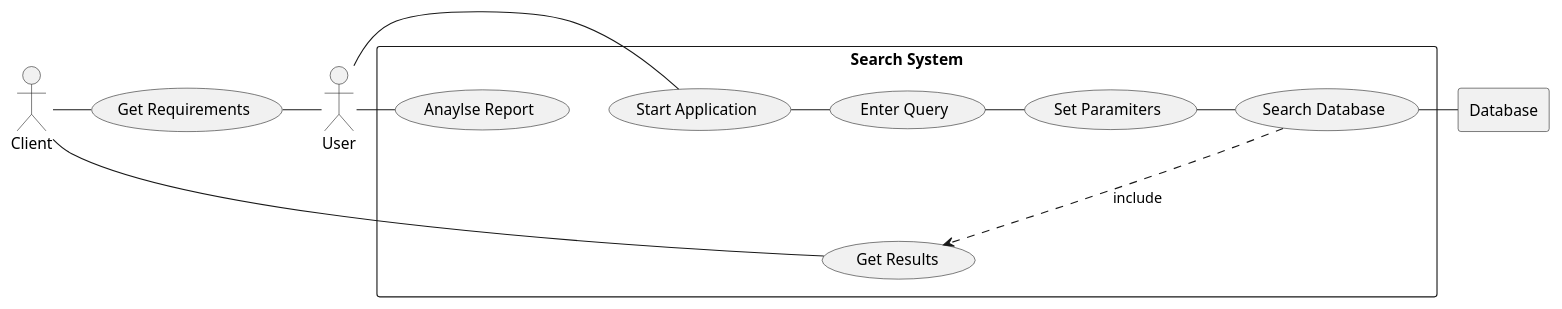
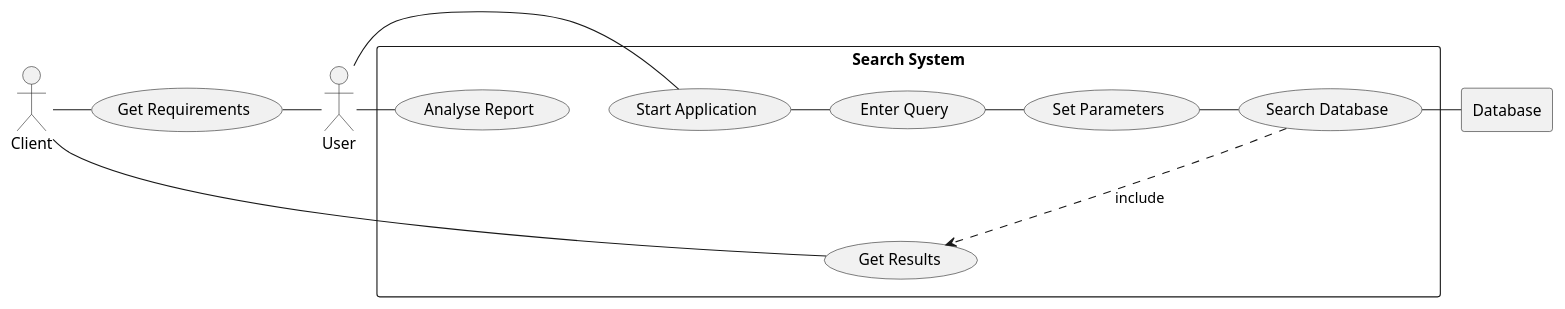
The diagram in src/popSystems.puml (cormacrw/set08103-cw1), drawn with PlantUML before and after one commit. The commit also changed 5 other files, not shown here.

```diff
--- a/src/popSystems.puml
+++ b/src/popSystems.puml
@@ -1,28 +1,29 @@
 @startuml
+
 actor A1 as "User"
 actor A2 as "Client"
 
 rectangle Database
 rectangle "Search System" {
 usecase UC1 as "Search Database"
 usecase UCa as " Get Results"
 usecase UC6 as "Start Application"
-usecase UC3 as "Set Paramiters"
+usecase UC3 as "Set Parameters"
 usecase UC2 as "Enter Query"
-usecase UC4 as "Anaylse Report"
+usecase UC4 as "Analyse Report"
 
 A1 - UC6
 UC6 - UC2
 UC3 - UC1
 UC1 - Database
 
 UC1 ..> UCa : include
 A2 - UCa
 
 }
 usecase UC5 as "Get Requirements"
 A2 - UC5
 UC5 - A1
 A1 - UC4
 UC2 - UC3
 @enduml
```
